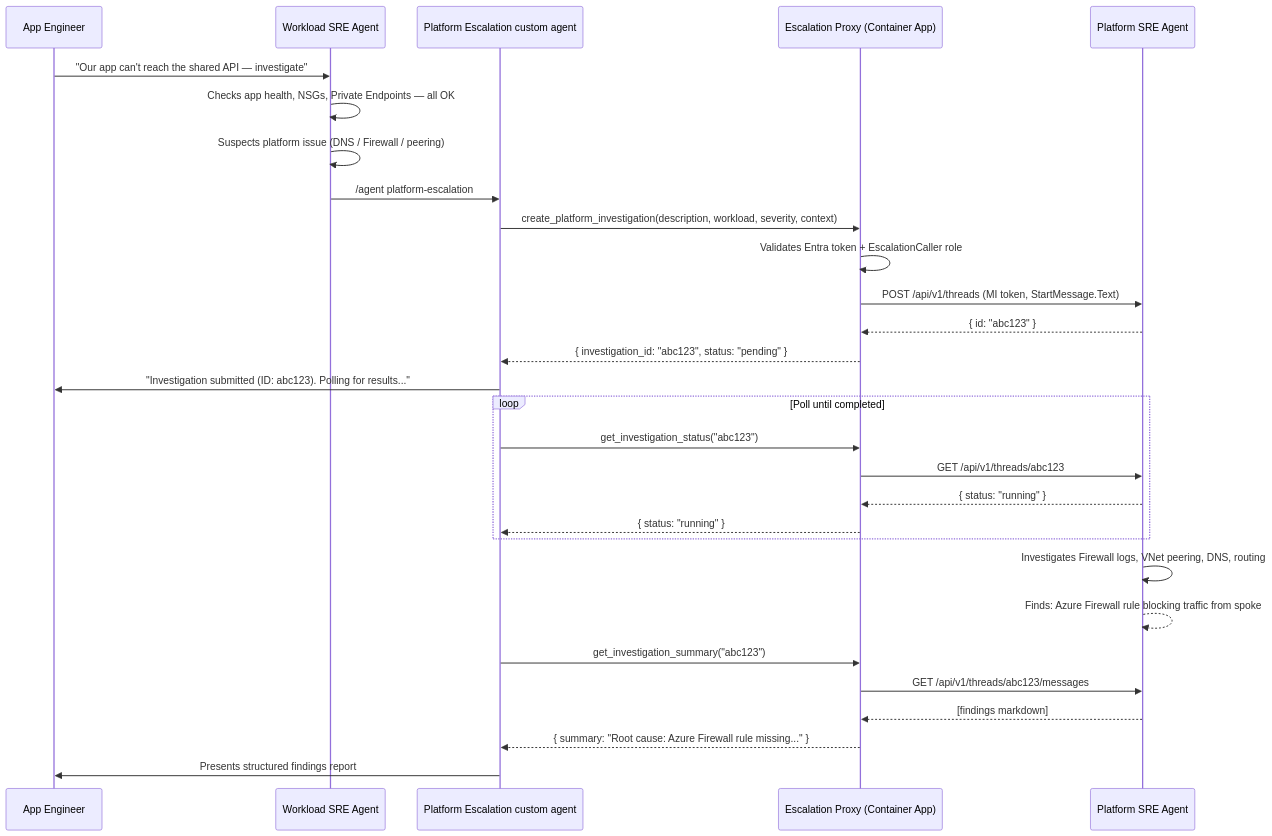
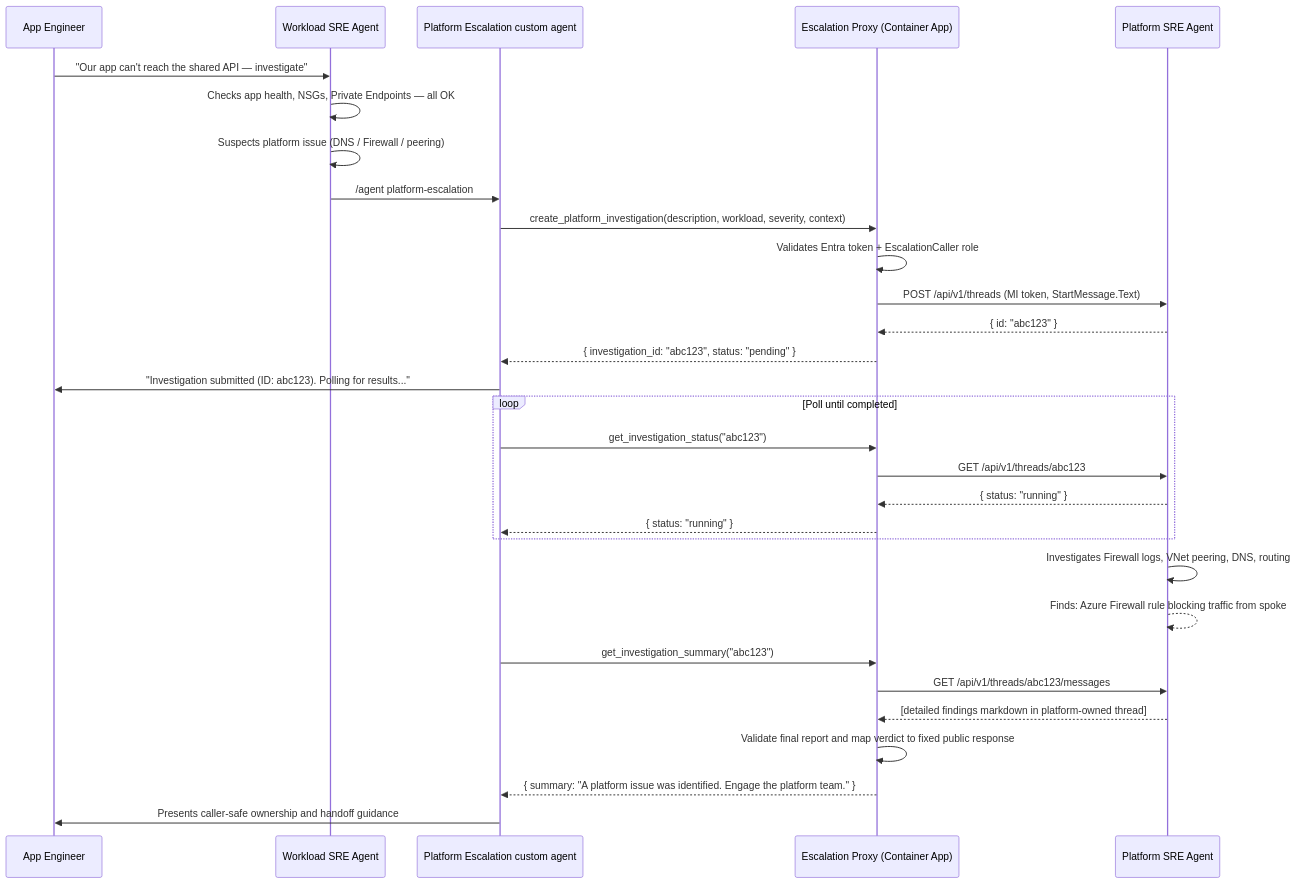
The second of 3 diagrams in docs/architecture.md (chris-bowman/sre-agent-team), drawn with Mermaid before and after one commit. The commit also changed other lines of this file and 11 other files, not shown here.

Commit message:
Enforce fixed caller-safe investigation outcomes

````diff
--- a/docs/architecture.md
+++ b/docs/architecture.md
@@ -50,35 +50,36 @@
 ```mermaid
 sequenceDiagram
     participant U as App Engineer
     participant WA as Workload SRE Agent
     participant PEA as Platform Escalation custom agent
     participant Proxy as Escalation Proxy (Container App)
     participant PA as Platform SRE Agent
 
     U->>WA: "Our app can't reach the shared API — investigate"
     WA->>WA: Checks app health, NSGs, Private Endpoints — all OK
     WA->>WA: Suspects platform issue (DNS / Firewall / peering)
     WA->>PEA: /agent platform-escalation
     PEA->>Proxy: create_platform_investigation(description, workload, severity, context)
     Proxy->>Proxy: Validates Entra token + EscalationCaller role
     Proxy->>PA: POST /api/v1/threads (MI token, StartMessage.Text)
     PA-->>Proxy: { id: "abc123" }
     Proxy-->>PEA: { investigation_id: "abc123", status: "pending" }
     PEA->>U: "Investigation submitted (ID: abc123). Polling for results..."
 
     loop Poll until completed
         PEA->>Proxy: get_investigation_status("abc123")
         Proxy->>PA: GET /api/v1/threads/abc123
         PA-->>Proxy: { status: "running" }
         Proxy-->>PEA: { status: "running" }
     end
 
     PA->>PA: Investigates Firewall logs, VNet peering, DNS, routing
     PA-->>PA: Finds: Azure Firewall rule blocking traffic from spoke
 
     PEA->>Proxy: get_investigation_summary("abc123")
     Proxy->>PA: GET /api/v1/threads/abc123/messages
-    PA-->>Proxy: [findings markdown]
-    Proxy-->>PEA: { summary: "Root cause: Azure Firewall rule missing..." }
-    PEA->>U: Presents structured findings report
+    PA-->>Proxy: [detailed findings markdown in platform-owned thread]
+    Proxy->>Proxy: Validate final report and map verdict to fixed public response
+    Proxy-->>PEA: { summary: "A platform issue was identified. Engage the platform team." }
+    PEA->>U: Presents caller-safe ownership and handoff guidance
 ```
````
